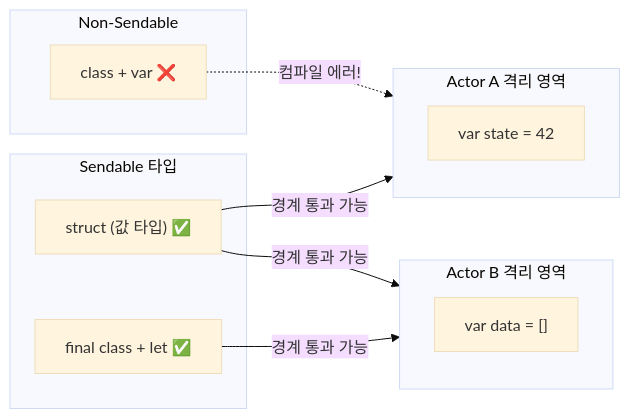
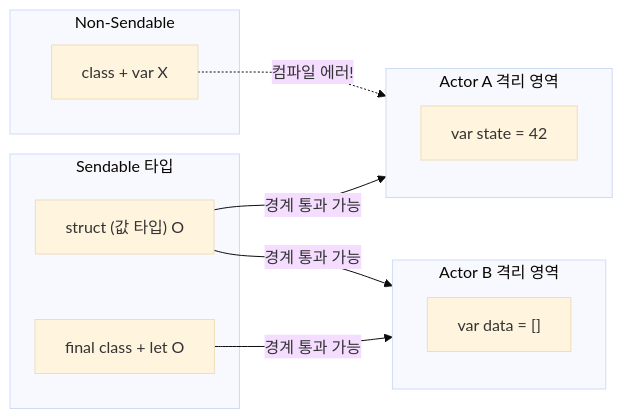
One commit to jsonpassion/forge-tutorial-swift changed the third of 5 diagrams in 13-performance/01-concurrency-deep.md. Above: the diagram before and after it, drawn with Mermaid (base theme). The commit also changed 69 other files, not shown here.

````diff
--- a/13-performance/01-concurrency-deep.md
+++ b/13-performance/01-concurrency-deep.md
@@ -131,20 +131,20 @@
 ```mermaid
 flowchart LR
     subgraph ISO1["Actor A 격리 영역"]
         A1["var state = 42"]
     end
     subgraph ISO2["Actor B 격리 영역"]
         B1["var data = []"]
     end
     subgraph SAFE["Sendable 타입"]
-        S1["struct (값 타입) ✅"]
-        S2["final class + let ✅"]
+        S1["struct (값 타입) O"]
+        S2["final class + let O"]
     end
     subgraph UNSAFE["Non-Sendable"]
-        U1["class + var ❌"]
+        U1["class + var X"]
     end
     S1 -->|"경계 통과 가능"| ISO1
     S1 -->|"경계 통과 가능"| ISO2
     S2 -->|"경계 통과 가능"| ISO2
     U1 -.->|"컴파일 에러!"| ISO1
 ```
````
